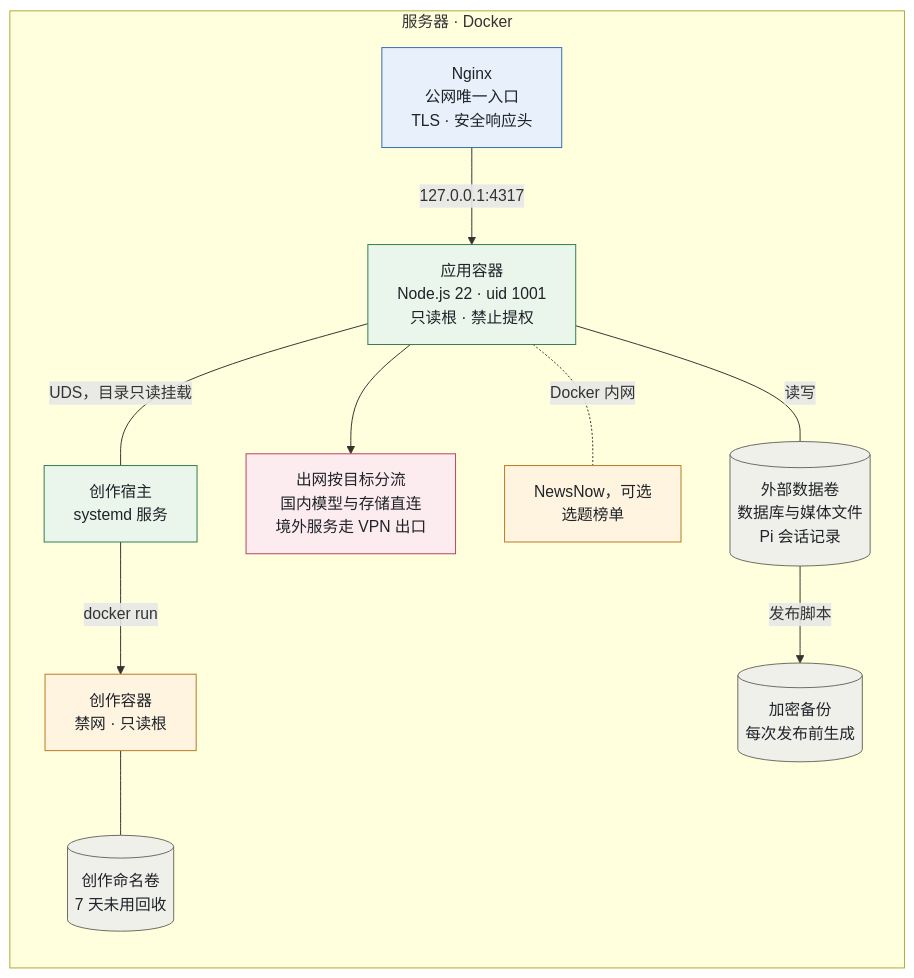
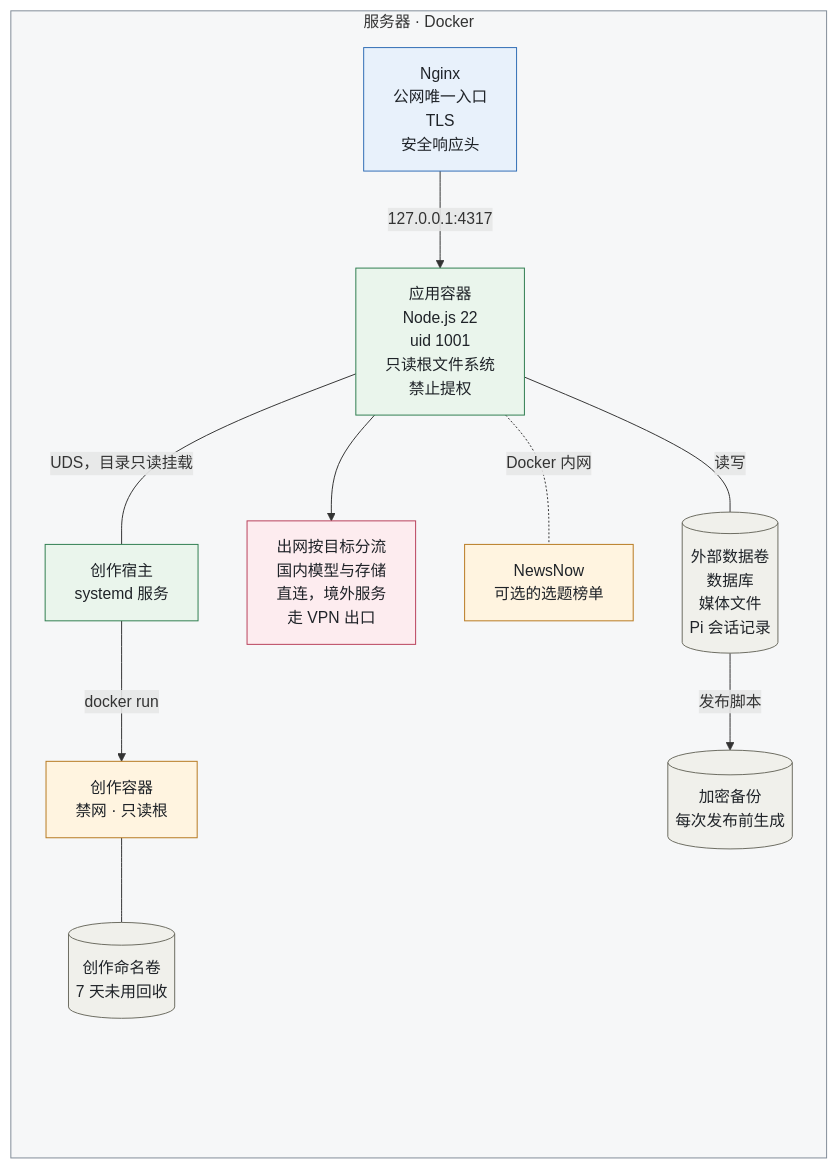
One commit to yaoziyaoguai/video-factory changed the tenth of 11 diagrams in README.md. Above: the diagram before and after it, drawn with Mermaid. The commit also changed other lines of this file, not shown here.

First line of the commit message:
docs(readme): make the Mermaid diagrams render cleanly on GitHub [skip ci]

````diff
--- a/README.md
+++ b/README.md
@@ -369,35 +381,40 @@
 ```mermaid
 flowchart TB
   subgraph SERVER["服务器 · Docker"]
     direction TB
-    NGINX["Nginx<br/>公网唯一入口<br/>TLS · 安全响应头"]
-    APP["应用容器<br/>Node.js 22 · uid 1001<br/>只读根 · 禁止提权"]
+    NGINX["Nginx<br/>公网唯一入口<br/>TLS<br/>安全响应头"]
+    APP["应用容器<br/>Node.js 22<br/>uid 1001<br/>只读根文件系统<br/>禁止提权"]
     RUNNER["创作宿主<br/>systemd 服务"]
     CREATIVE["创作容器<br/>禁网 · 只读根"]
-    OUT["出网按目标分流<br/>国内模型与存储直连<br/>境外服务走 VPN 出口"]
-    NEWSNOW["NewsNow，可选<br/>选题榜单"]
-    DATA[("外部数据卷<br/>数据库与媒体文件<br/>Pi 会话记录")]
+    OUT["出网按目标分流<br/>国内模型与存储<br/>直连，境外服务<br/>走 VPN 出口"]
+    NEWSNOW["NewsNow<br/>可选的选题榜单"]
+    DATA[("外部数据卷<br/>数据库<br/>媒体文件<br/>Pi 会话记录")]
     CREATIVE_VOL[("创作命名卷<br/>7 天未用回收")]
     BACKUP[("加密备份<br/>每次发布前生成")]
 
     NGINX -->|"127.0.0.1:4317"| APP
     APP ---|"UDS，目录只读挂载"| RUNNER
     RUNNER -->|"docker run"| CREATIVE
     APP --> OUT
     APP -.-|"Docker 内网"| NEWSNOW
     APP ---|"读写"| DATA
     CREATIVE --- CREATIVE_VOL
     DATA -->|"发布脚本"| BACKUP
+    %% PAD 是不可见的占位节点，让右下角留白：GitHub 会把缩放按钮叠放在图的右下角
+    CREATIVE_VOL ~~~ PAD[" "]
   end
+
+  style PAD fill:none,stroke:none
+  style SERVER fill:#818B9812,stroke:#818B98
 
   classDef cUser fill:#E8F1FB,stroke:#2F6DB5,color:#1F2328
   classDef cSvc fill:#EAF5EC,stroke:#2E7D4F,color:#1F2328
   classDef cBox fill:#FFF4E0,stroke:#B7791F,color:#1F2328
   classDef cData fill:#F0F0EB,stroke:#6B6B60,color:#1F2328
   classDef cExt fill:#FDECEF,stroke:#B8405A,color:#1F2328
   class NGINX cUser
   class APP,RUNNER cSvc
   class CREATIVE,NEWSNOW cBox
   class DATA,CREATIVE_VOL,BACKUP cData
   class OUT cExt
 ```
````
